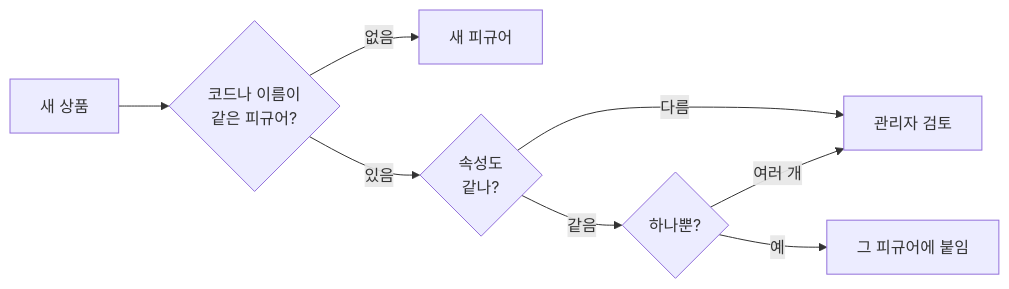
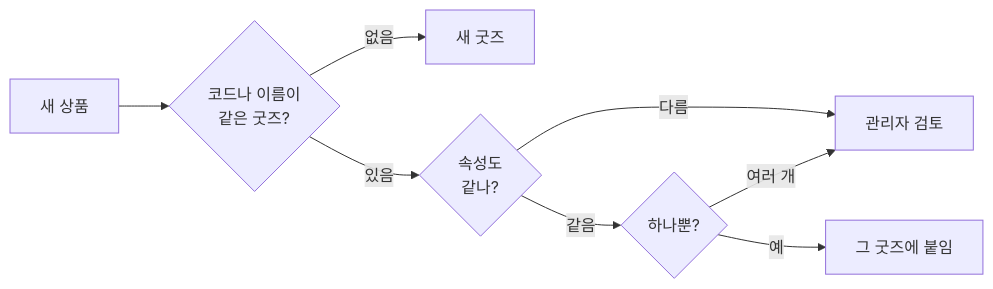
One commit to DSeung001/dseung001.github.io changed the fourth of 6 diagrams in content/posts/2026/11/07/bavelmo-goods-finder/index.md. Above: the diagram before and after it, drawn with Mermaid. The commit also changed other lines of this file, not shown here.

````diff
--- a/content/posts/2026/11/07/bavelmo-goods-finder/index.md
+++ b/content/posts/2026/11/07/bavelmo-goods-finder/index.md
@@ -187,10 +179,10 @@
 ```mermaid
 flowchart LR
-  P["새 상품"] --> Q{"코드나 이름이<br/>같은 피규어?"}
-  Q -- 없음 --> NEW["새 피규어"]
+  P["새 상품"] --> Q{"코드나 이름이<br/>같은 굿즈?"}
+  Q -- 없음 --> NEW["새 굿즈"]
   Q -- 있음 --> R{"속성도<br/>같나?"}
   R -- 다름 --> CHK["관리자 검토"]
   R -- 같음 --> S{"하나뿐?"}
-  S -- 예 --> LINK["그 피규어에 붙임"]
+  S -- 예 --> LINK["그 굿즈에 붙임"]
   S -- 여러 개 --> CHK
 ```
````
